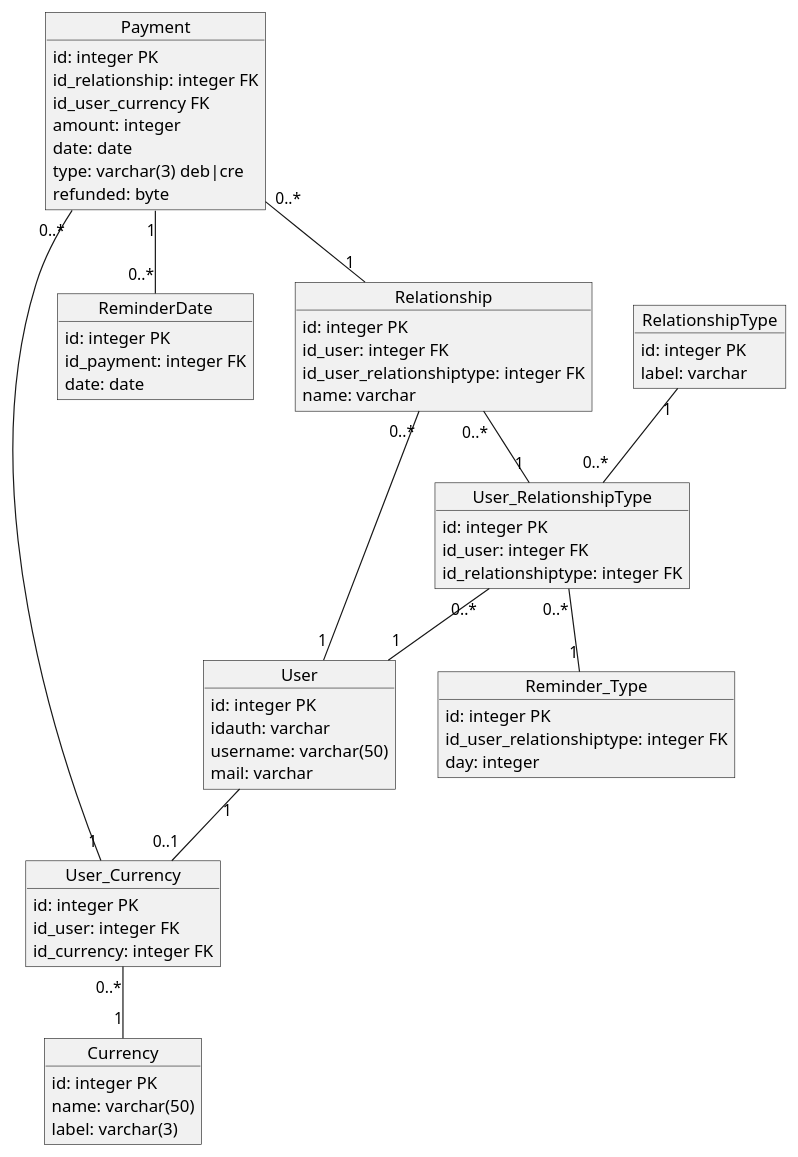
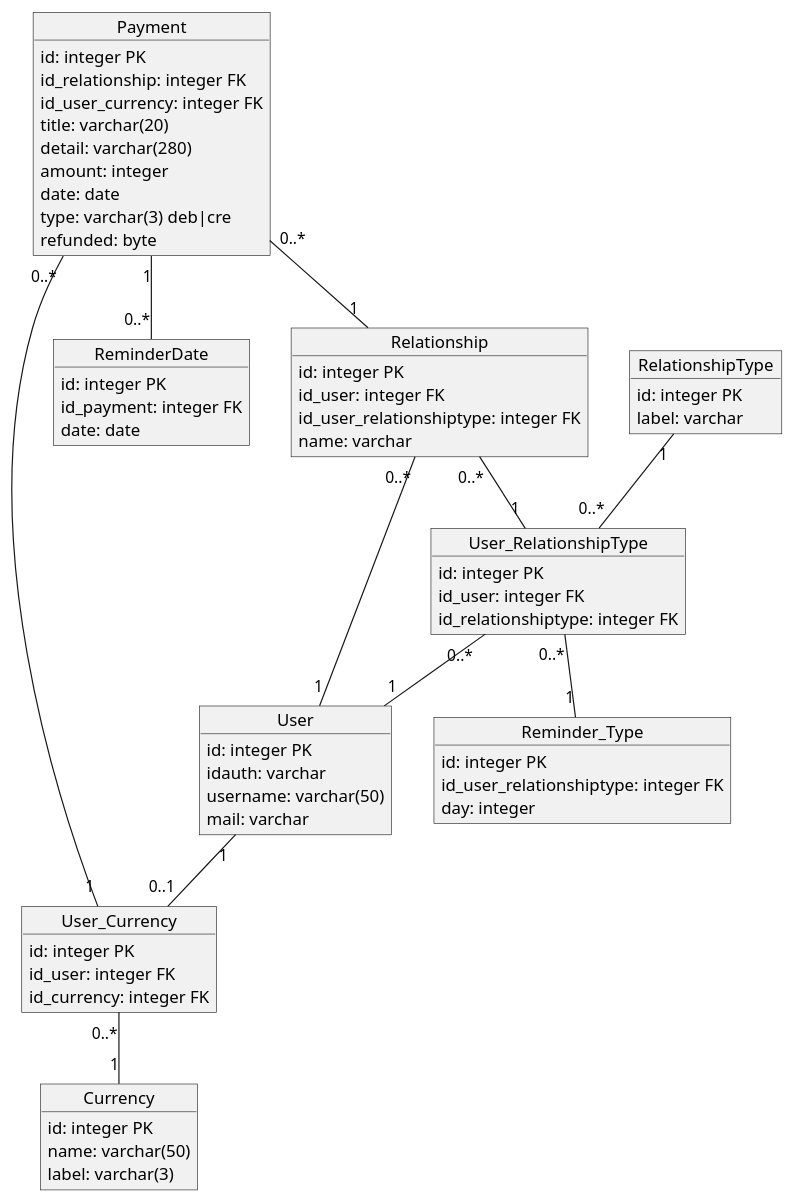
One commit to kingdomflo/M-A-R-X_Backend changed the diagram in plantUml/class.puml. Above: the diagram before and after it, drawn with PlantUML.

Commit message:
change payment uml

```diff
--- a/plantUml/class.puml
+++ b/plantUml/class.puml
@@ -1,71 +1,73 @@
 @startuml class
 object User {
   id: integer PK
   idauth: varchar
   username: varchar(50)
   mail: varchar
 }
 
 object Relationship {
   id: integer PK
   id_user: integer FK
   id_user_relationshiptype: integer FK
   name: varchar
 }
 
 object RelationshipType {
   id: integer PK
   label: varchar
 }
 
 object User_RelationshipType {
   id: integer PK
   id_user: integer FK
   id_relationshiptype: integer FK
 }
 
 object Reminder_Type {
   id: integer PK
   id_user_relationshiptype: integer FK
   day: integer
 }
 
 object Currency {
   id: integer PK
   name: varchar(50)
   label: varchar(3)
 }
 
 object User_Currency {
   id: integer PK
   id_user: integer FK
   id_currency: integer FK
 }
 
 object Payment {
   id: integer PK
   id_relationship: integer FK
-  id_user_currency FK
+  id_user_currency: integer FK
+  title: varchar(20)
+  detail: varchar(280)
   amount: integer
   date: date
   type: varchar(3) deb|cre
   refunded: byte
 }
 
 object ReminderDate {
   id: integer PK
   id_payment: integer FK
   date: date
 }
 
 Relationship "0..*" -- "1" User
 Relationship "0..*" -- "1" User_RelationshipType
 RelationshipType "1" -- "0..*" User_RelationshipType
 User_RelationshipType "0..*" -- "1" User
 User_RelationshipType "0..*" -- "1" Reminder_Type
 User_Currency "0..*" -- "1" Currency
 User "1" -- "0..1" User_Currency
 Payment "0..*" -- "1" Relationship
 Payment "0..*" -- "1" User_Currency
 Payment "1" -- "0..*" ReminderDate
 @enduml
```
